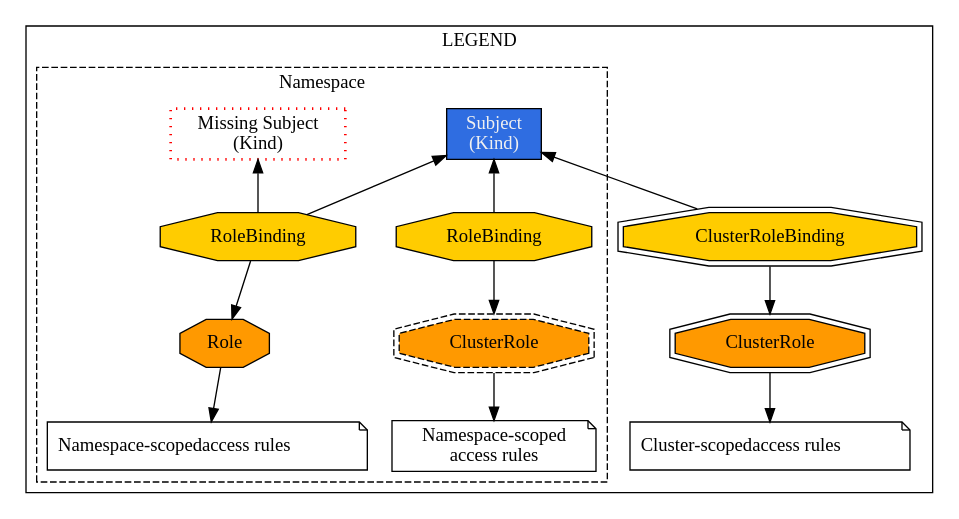
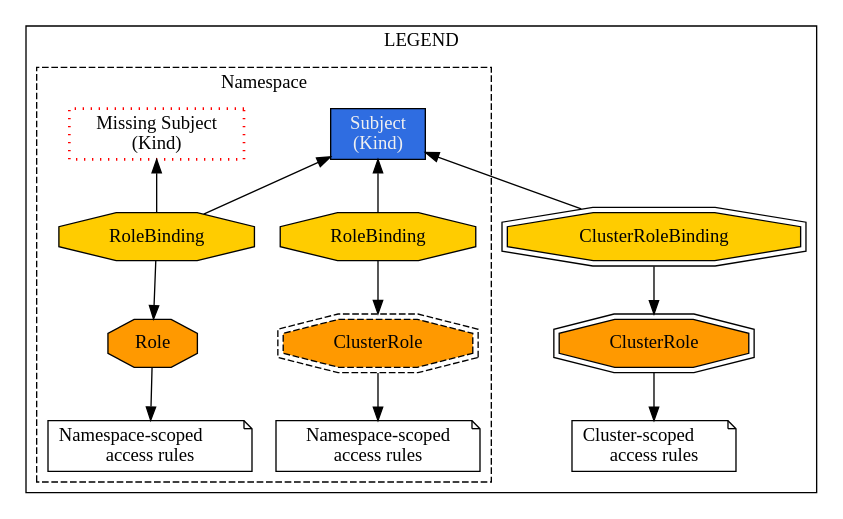
The diagram in my-namespace-rbac.dot (thomasfricke/training-kubernetes-security), drawn with Graphviz before and after one commit. The commit also changed other lines of this file and 23 other files, not shown here.

```diff
--- a/my-namespace-rbac.dot
+++ b/my-namespace-rbac.dot
@@ -1,37 +1,34 @@
-// generated, no copyright
 digraph  {
-	subgraph cluster_s1 {
-		subgraph cluster_s2 {
+	subgraph cluster_s0 {
+		ID = "cluster_s0";
+		subgraph cluster_s0 {
+			ID = "cluster_s0";
 			label="Namespace";style="dashed";
-			n4[color="red",fillcolor="#2f6de1",fontcolor="#030303",label="Missing Subject\n(Kind)",penwidth="2.0",shape="box",style="dotted"];
-			n3[color="black",fillcolor="#2f6de1",fontcolor="#f0f0f0",label="Subject\n(Kind)",penwidth="1.0",shape="box",style="filled"];
-			n6[color="black",fillcolor="#ff9900",fontcolor="#030303",label="ClusterRole",penwidth="1.0",shape="doubleoctagon",style="filled,dashed"];
-			n5[color="black",fillcolor="#ff9900",fontcolor="#030303",label="Role",penwidth="1.0",shape="octagon",style="filled"];
-			n8[fillcolor="#ffcc00",fontcolor="#030303",label="RoleBinding",penwidth="1.0",shape="octagon",style="filled"];
-			n9[fillcolor="#ffcc00",fontcolor="#030303",label="RoleBinding",penwidth="1.0",shape="octagon",style="filled"];
-			n12[label="Namespace-scoped\naccess rules",penwidth="1.0",shape="note"];
-			n11[label=<Namespace-scoped
-access rules>,penwidth="1.0",shape="note"];
-			n4->n8[dir="back"];
-			n3->n8[dir="back"];
-			n3->n9[dir="back"];
-			n6->n12;
-			n5->n11;
-			n8->n5;
-			n9->n6;
+			n2[color="red",fillcolor="#2f6de1",fontcolor="#030303",label="Missing Subject\n(Kind)",penwidth="2.0",shape="box",style="dotted"];
+			n1[color="black",fillcolor="#2f6de1",fontcolor="#f0f0f0",label="Subject\n(Kind)",penwidth="1.0",shape="box",style="filled"];
+			n4[color="black",fillcolor="#ff9900",fontcolor="#030303",label="ClusterRole",penwidth="1.0",shape="doubleoctagon",style="filled,dashed"];
+			n3[color="black",fillcolor="#ff9900",fontcolor="#030303",label="Role",penwidth="1.0",shape="octagon",style="filled"];
+			n6[fillcolor="#ffcc00",fontcolor="#030303",label="RoleBinding",penwidth="1.0",shape="octagon",style="filled"];
+			n7[fillcolor="#ffcc00",fontcolor="#030303",label="RoleBinding",penwidth="1.0",shape="octagon",style="filled"];
+			n10[label="Namespace-scoped\naccess rules",shape="note"];
+			n9[label="Namespace-scoped\laccess rules",shape="note"];
+			n2->n6[dir="back"];
+			n1->n6[dir="back"];
+			n1->n7[dir="back"];
+			n4->n10;
+			n3->n9;
+			n6->n3;
+			n7->n4;
 			
-		}
-		label="LEGEND";
-		n7[color="black",fillcolor="#ff9900",fontcolor="#030303",label="ClusterRole",penwidth="1.0",shape="doubleoctagon",style="filled"];
-		n10[fillcolor="#ffcc00",fontcolor="#030303",label="ClusterRoleBinding",penwidth="1.0",shape="doubleoctagon",style="filled"];
-		n13[label=<Cluster-scoped
-access rules>,penwidth="1.0",shape="note"];
-		n7->n13;
-		n10->n7;
+		}label="LEGEND";
+		n5[color="black",fillcolor="#ff9900",fontcolor="#030303",label="ClusterRole",penwidth="1.0",shape="doubleoctagon",style="filled"];
+		n8[fillcolor="#ffcc00",fontcolor="#030303",label="ClusterRoleBinding",penwidth="1.0",shape="doubleoctagon",style="filled"];
+		n11[label="Cluster-scoped\laccess rules",shape="note"];
+		n5->n11;
+		n8->n5;
 		
-	}
-	newrank="true";
-	n3->n10[dir="back"];
-	{rank=same; n5;n6;n7;};
+	}newrank="true";
+	n1->n8[dir="back"];
+	{rank=same; n3;n4;n5;};
 	
 }
```
